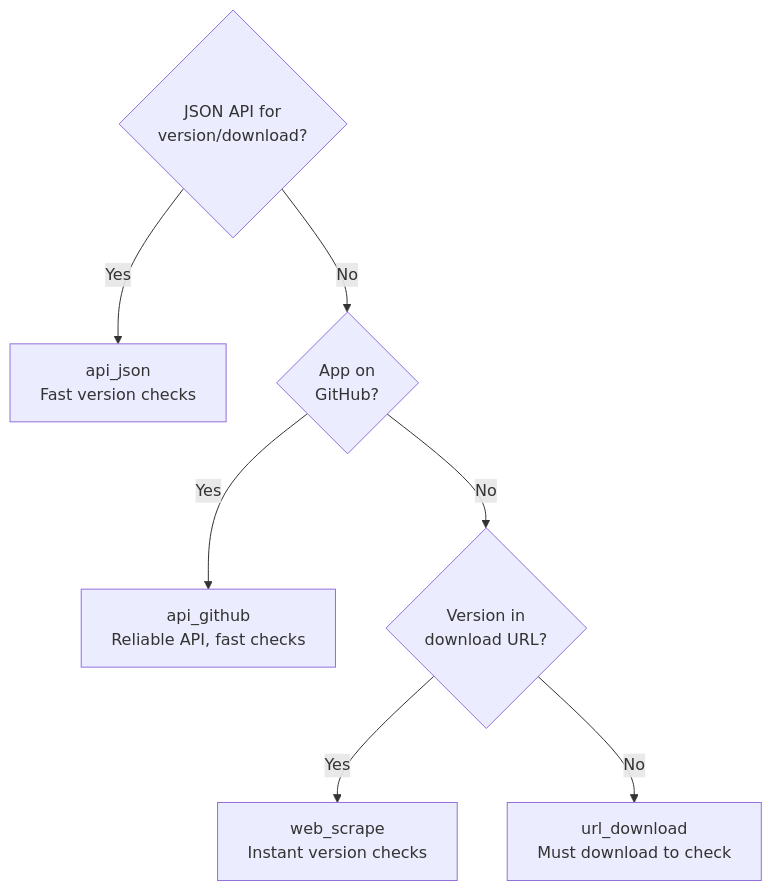
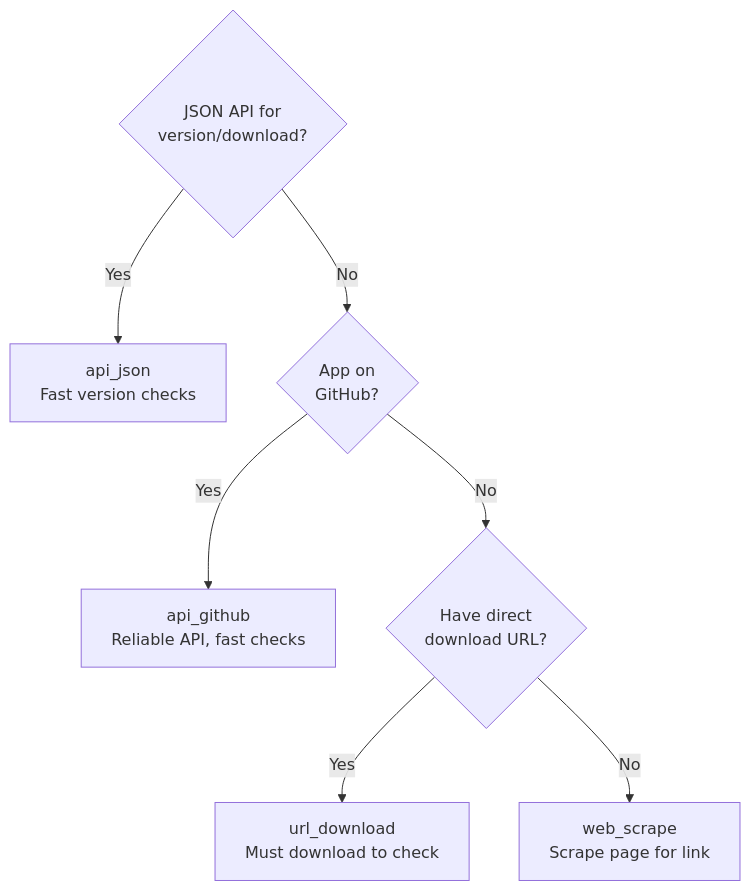
Before and after one commit to RogerCibrian/notapkgtool: the first of 3 diagrams in docs/user-guide.md, drawn with Mermaid. The commit also changed other lines of this file and 3 other files, not shown here.

First line of the commit message:
docs: fix web_scrape descriptions and timing claims

````diff
--- a/docs/user-guide.md
+++ b/docs/user-guide.md
@@ -216,10 +219,10 @@
 ```mermaid
 flowchart TD
     Start{JSON API for<br/>version/download?}
     Start -->|Yes| JSON[api_json<br/>Fast version checks]
     Start -->|No| GitHub{App on<br/>GitHub?}
     GitHub -->|Yes| GHRelease[api_github<br/>Reliable API, fast checks]
-    GitHub -->|No| URLVersion{Version in<br/>download URL?}
-    URLVersion -->|Yes| Regex[web_scrape<br/>Instant version checks]
-    URLVersion -->|No| Static[url_download<br/>Must download to check]
+    GitHub -->|No| DirectURL{Have direct<br/>download URL?}
+    DirectURL -->|Yes| Static[url_download<br/>Must download to check]
+    DirectURL -->|No| Scrape[web_scrape<br/>Scrape page for link]
 ```
````
